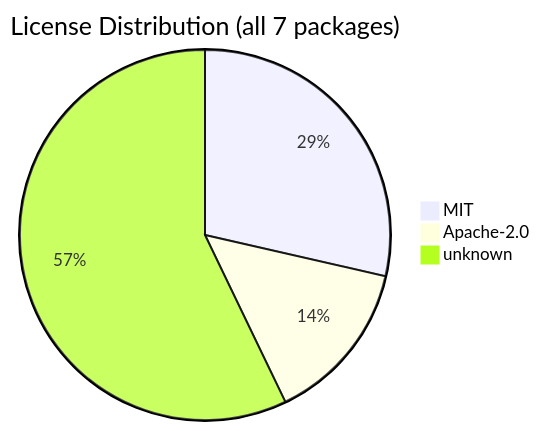
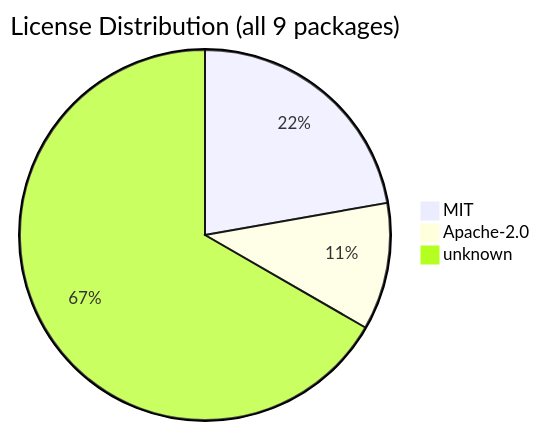
The diagram in .shipwright/compliance/sbom.md (svenroth-ai/shipwright), drawn with Mermaid before and after one commit. The commit also changed other lines of this file and 29 other files, not shown here.

````diff
--- a/.shipwright/compliance/sbom.md
+++ b/.shipwright/compliance/sbom.md
@@ -18,6 +18,6 @@
 ```mermaid
-pie title License Distribution (all 7 packages)
+pie title License Distribution (all 9 packages)
     "MIT" : 2
     "Apache-2.0" : 1
-    "unknown" : 4
+    "unknown" : 6
 ```
````
